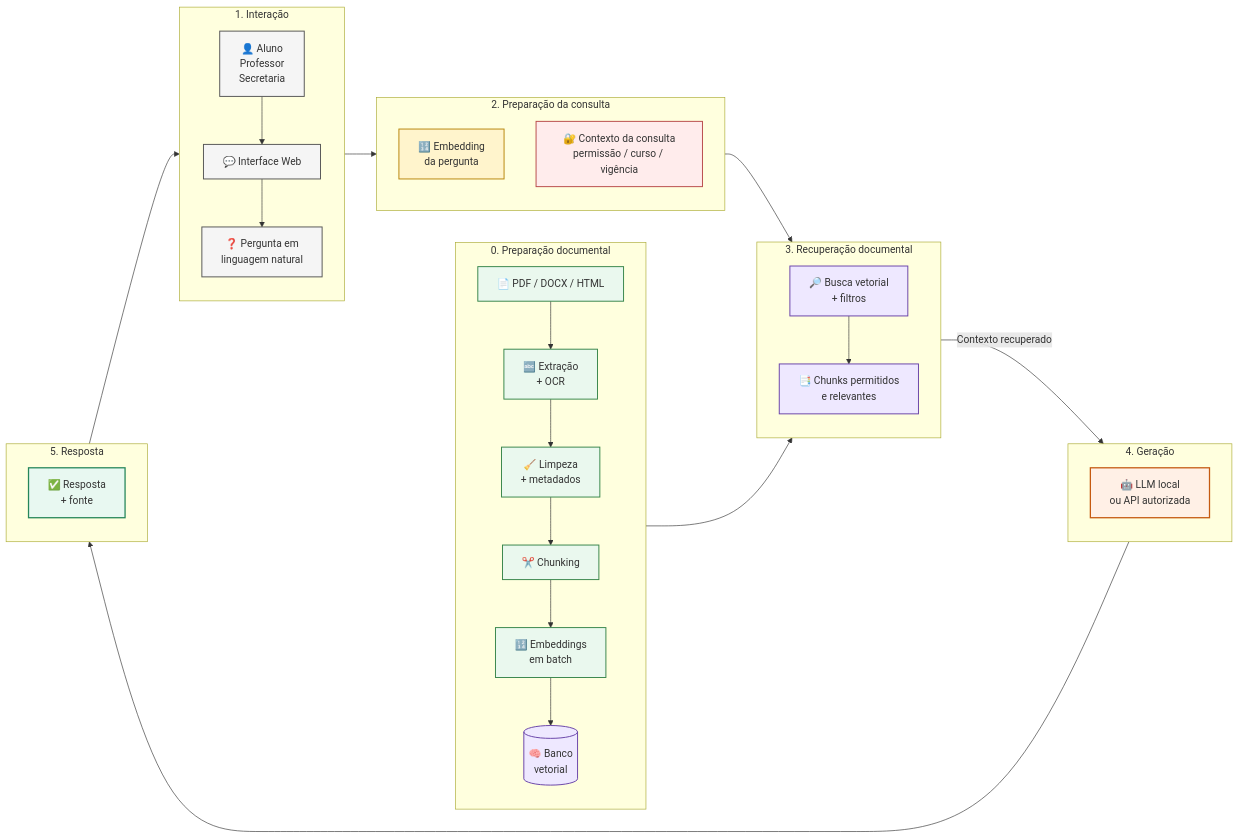
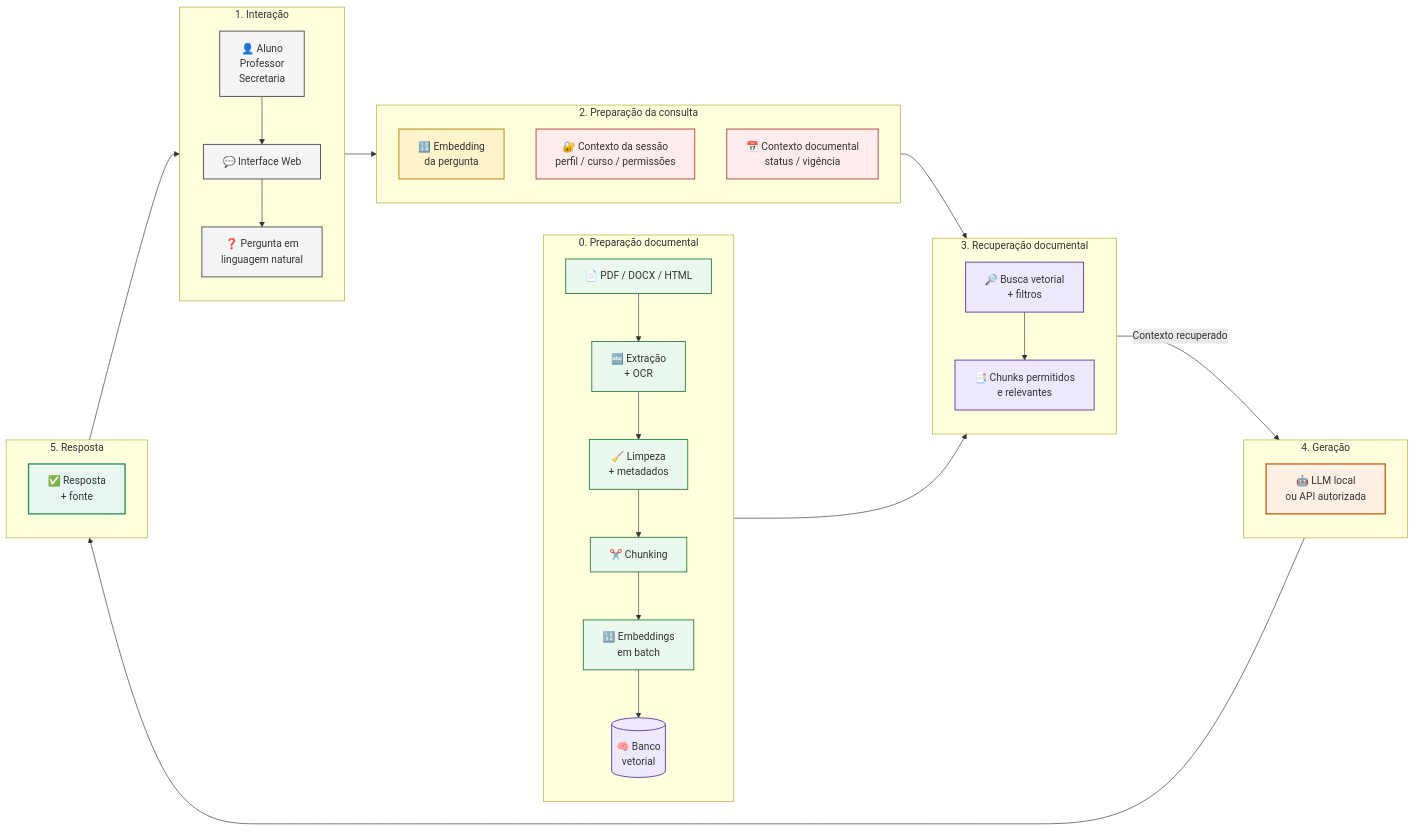
The diagram in AULA_06/cenario_1_educacao_14_08.md (sevenRevy/Residencia-TeT-IA-Generativa-RAG), drawn with Mermaid before and after one commit. The commit also changed other lines of this file and 1 other file, not shown here.

```diff
--- a/AULA_06/cenario_1_educacao_14_08.md
+++ b/AULA_06/cenario_1_educacao_14_08.md
@@ -713,7 +795,8 @@
         direction TB
 
         I["🔢 Embedding <br/>da pergunta"]
-        AC["🔐 Contexto da consulta<br/>permissão / curso / vigência"]
+        AC["🔐 Contexto da sessão<br/>perfil / curso / permissões"]
+        V["📅 Contexto documental<br/>status / vigência"]
 
         H --> I
     end
@@ -773,7 +856,7 @@
 
     class U,G,H user
     class I query
-    class AC security
+    class AC,V security
     class J,F,K rag
     class A,B,C,D,E ingest
     class L llm
```
